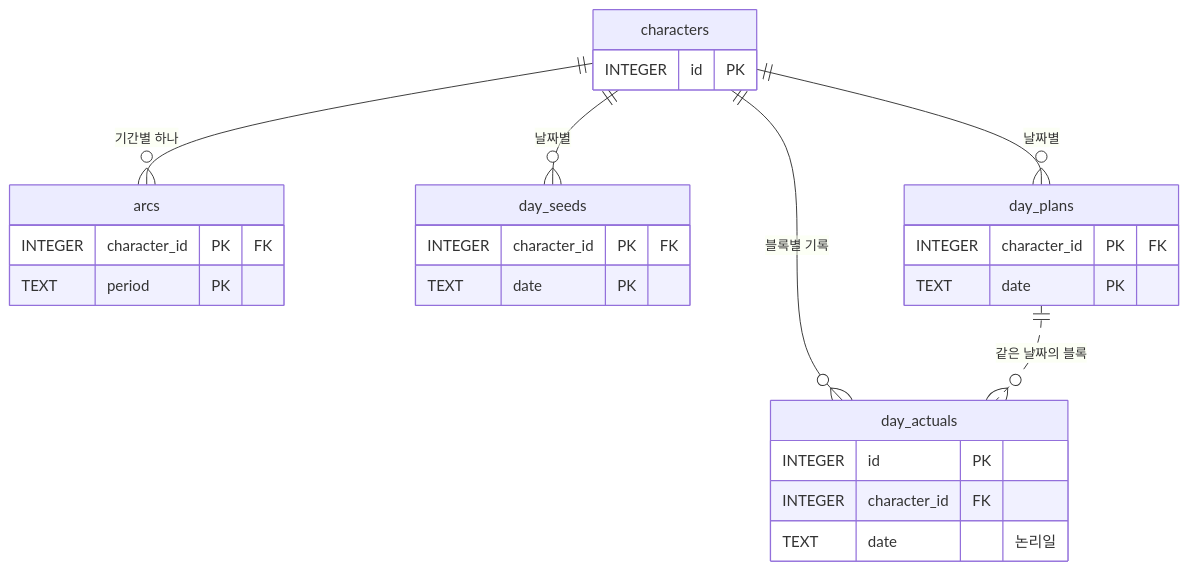
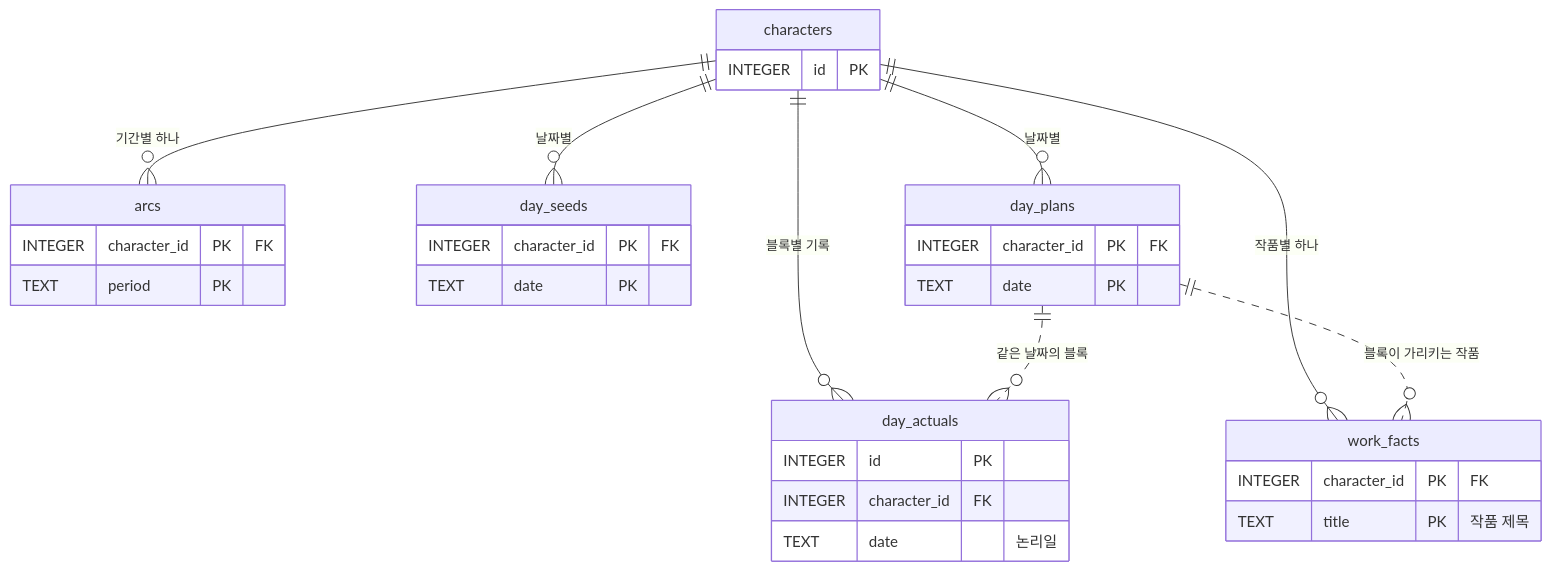
One commit to hyewon3938/random-ai-companion changed the second of 3 diagrams in erd.md. Above: the diagram before and after it, drawn with Mermaid. The commit also changed other lines of this file and 13 other files, not shown here.

````diff
--- a/erd.md
+++ b/erd.md
@@ -369,29 +369,35 @@
 ```mermaid
 erDiagram
     characters ||--o{ arcs : "기간별 하나"
     characters ||--o{ day_seeds : "날짜별"
     characters ||--o{ day_plans : "날짜별"
     characters ||--o{ day_actuals : "블록별 기록"
+    characters ||--o{ work_facts : "작품별 하나"
     day_plans ||..o{ day_actuals : "같은 날짜의 블록"
+    day_plans ||..o{ work_facts : "블록이 가리키는 작품"
 
     characters {
         INTEGER id PK
     }
     arcs {
         INTEGER character_id PK "FK"
         TEXT period PK
     }
     day_seeds {
         INTEGER character_id PK "FK"
         TEXT date PK
     }
     day_plans {
         INTEGER character_id PK "FK"
         TEXT date PK
     }
     day_actuals {
         INTEGER id PK
         INTEGER character_id FK
         TEXT date "논리일"
     }
+    work_facts {
+        INTEGER character_id PK "FK"
+        TEXT title PK "작품 제목"
+    }
 ```
````
